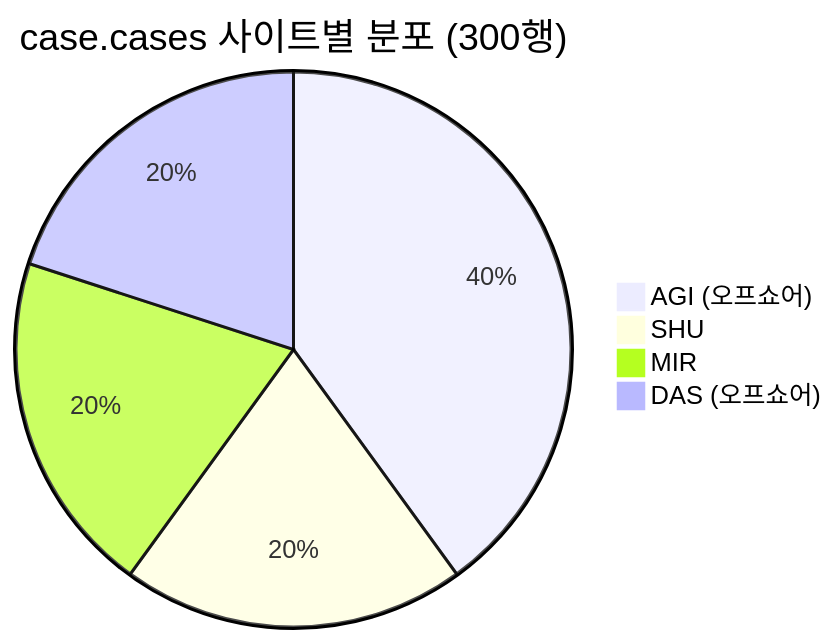
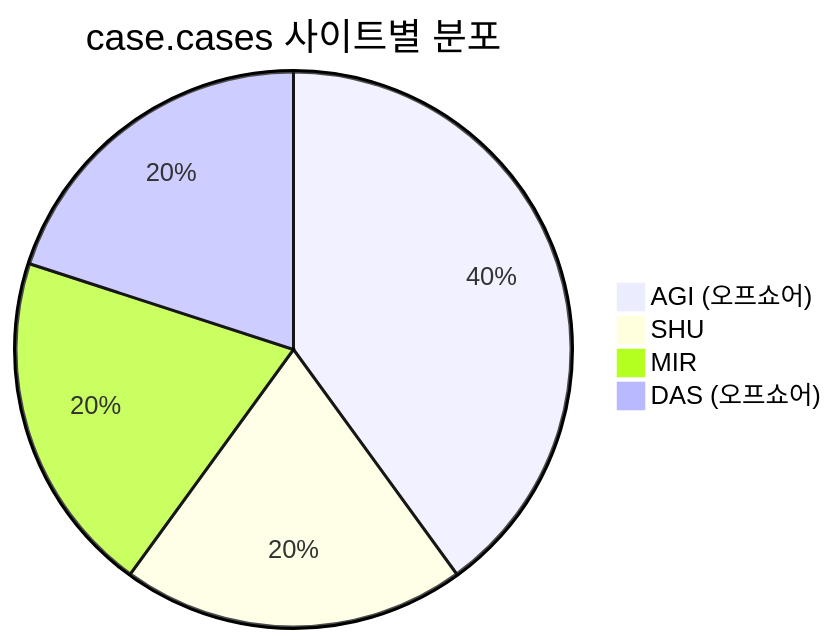
One commit to macho715/logi_hvdc_dash changed diagram 11 of 12 in apps/logistics-dashboard/docs/SUPABASE.md. Above: the diagram before and after it, drawn with Mermaid. The commit also changed other lines of this file and 80 other files, not shown here.

````diff
--- a/apps/logistics-dashboard/docs/SUPABASE.md
+++ b/apps/logistics-dashboard/docs/SUPABASE.md
@@ -848,7 +963,7 @@
 ```mermaid
-pie title case.cases 사이트별 분포 (300행)
+pie title case.cases 사이트별 분포
     "AGI (오프쇼어)" : 120
     "SHU" : 60
     "MIR" : 60
     "DAS (오프쇼어)" : 60
 ```
````
